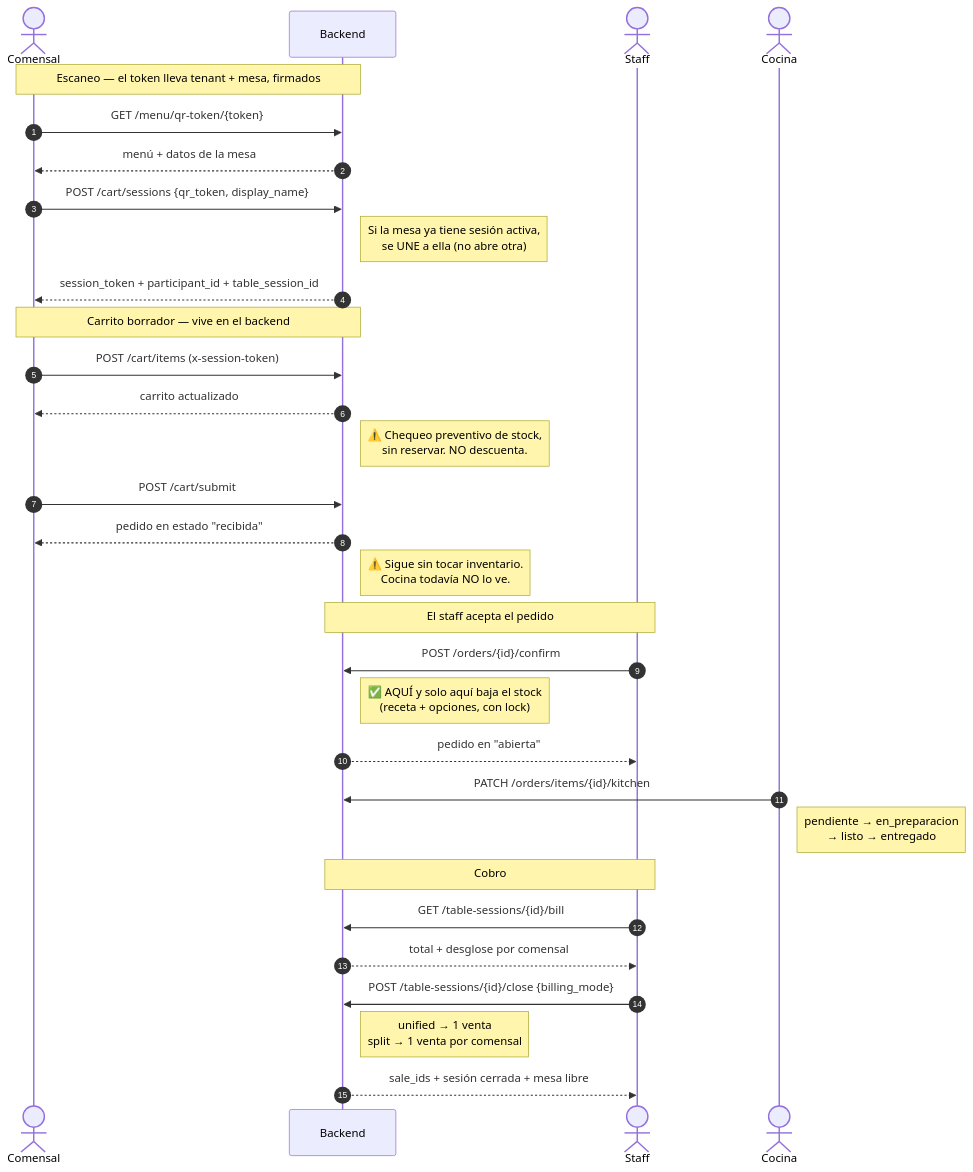
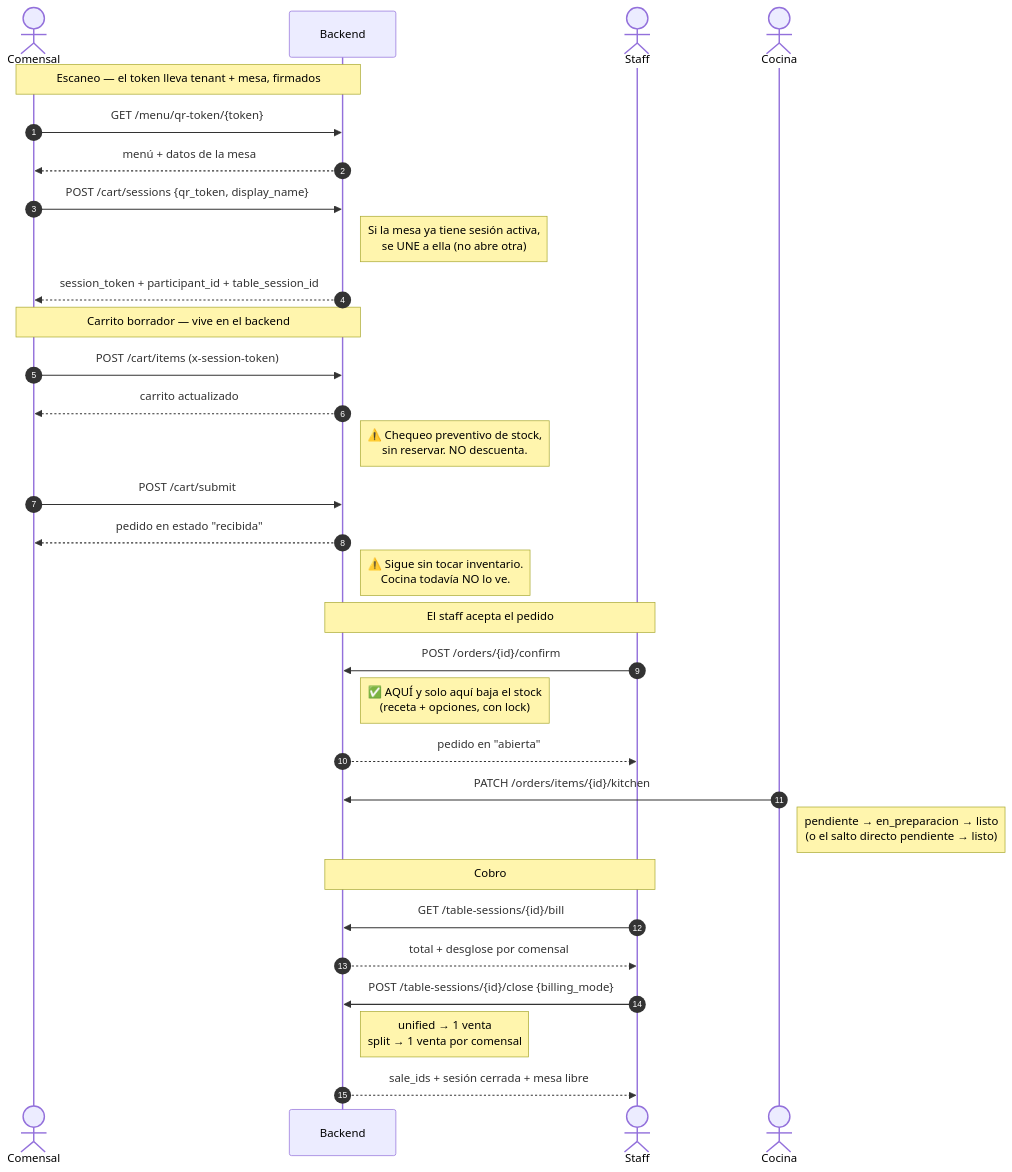
Before and after one commit to deimerhdz/pos-backend: the first of 5 diagrams in docs/flujo-qr.md, drawn with Mermaid. The commit also changed other lines of this file and 14 other files, not shown here.

First line of the commit message:
feat(kitchen): simplify kitchen status by removing 'entregado' and consolidating to 'listo'

````diff
--- a/docs/flujo-qr.md
+++ b/docs/flujo-qr.md
@@ -19,40 +19,40 @@
 ```mermaid
 sequenceDiagram
     autonumber
     actor C as Comensal
     participant API as Backend
     actor S as Staff
     actor K as Cocina
 
     Note over C,API: Escaneo — el token lleva tenant + mesa, firmados
     C->>API: GET /menu/qr-token/{token}
     API-->>C: menú + datos de la mesa
 
     C->>API: POST /cart/sessions {qr_token, display_name}
     Note right of API: Si la mesa ya tiene sesión activa,<br/>se UNE a ella (no abre otra)
     API-->>C: session_token + participant_id + table_session_id
 
     Note over C,API: Carrito borrador — vive en el backend
     C->>API: POST /cart/items (x-session-token)
     API-->>C: carrito actualizado
     Note right of API: ⚠️ Chequeo preventivo de stock,<br/>sin reservar. NO descuenta.
 
     C->>API: POST /cart/submit
     API-->>C: pedido en estado "recibida"
     Note right of API: ⚠️ Sigue sin tocar inventario.<br/>Cocina todavía NO lo ve.
 
     Note over S,API: El staff acepta el pedido
     S->>API: POST /orders/{id}/confirm
     Note right of API: ✅ AQUÍ y solo aquí baja el stock<br/>(receta + opciones, con lock)
     API-->>S: pedido en "abierta"
 
     K->>API: PATCH /orders/items/{id}/kitchen
-    Note right of K: pendiente → en_preparacion<br/>→ listo → entregado
+    Note right of K: pendiente → en_preparacion → listo<br/>(o el salto directo pendiente → listo)
 
     Note over S,API: Cobro
     S->>API: GET /table-sessions/{id}/bill
     API-->>S: total + desglose por comensal
     S->>API: POST /table-sessions/{id}/close {billing_mode}
     Note right of API: unified → 1 venta<br/>split → 1 venta por comensal
     API-->>S: sale_ids + sesión cerrada + mesa libre
 ```
````
